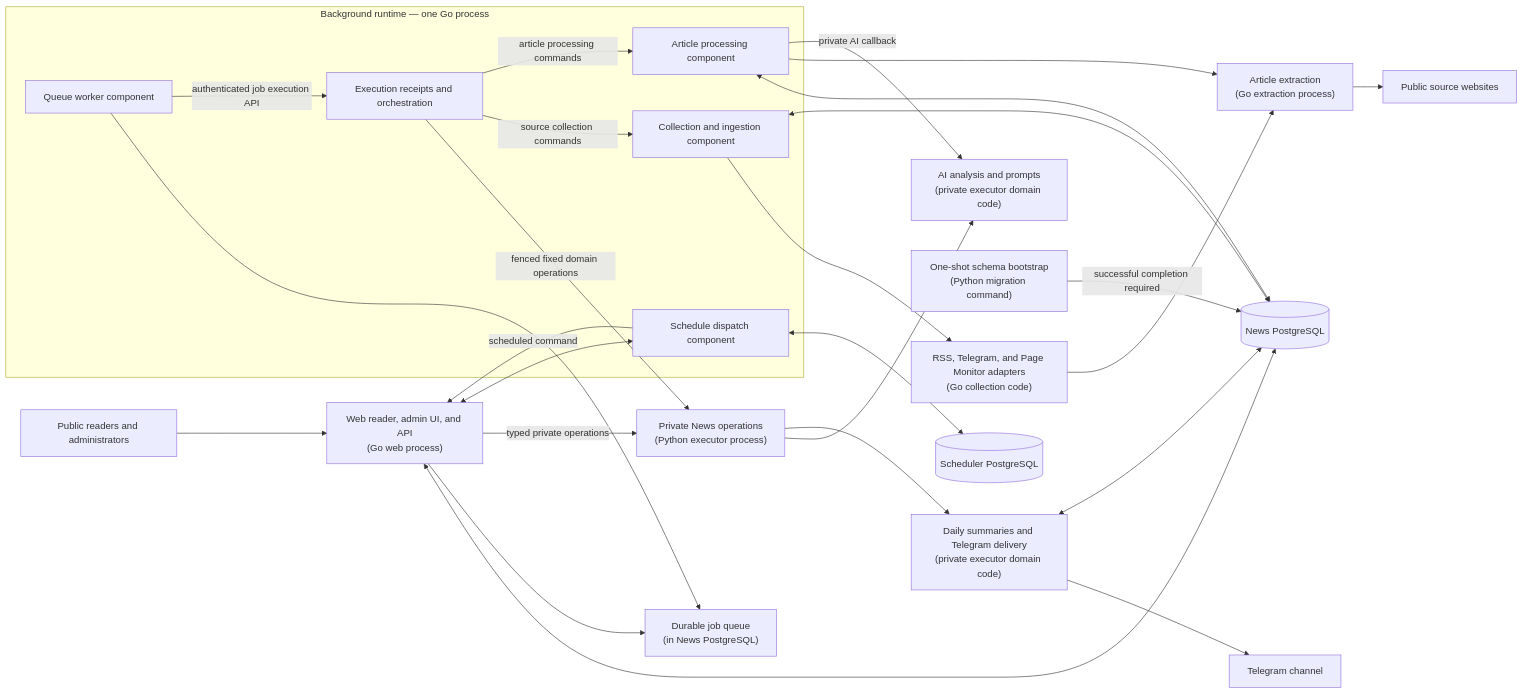
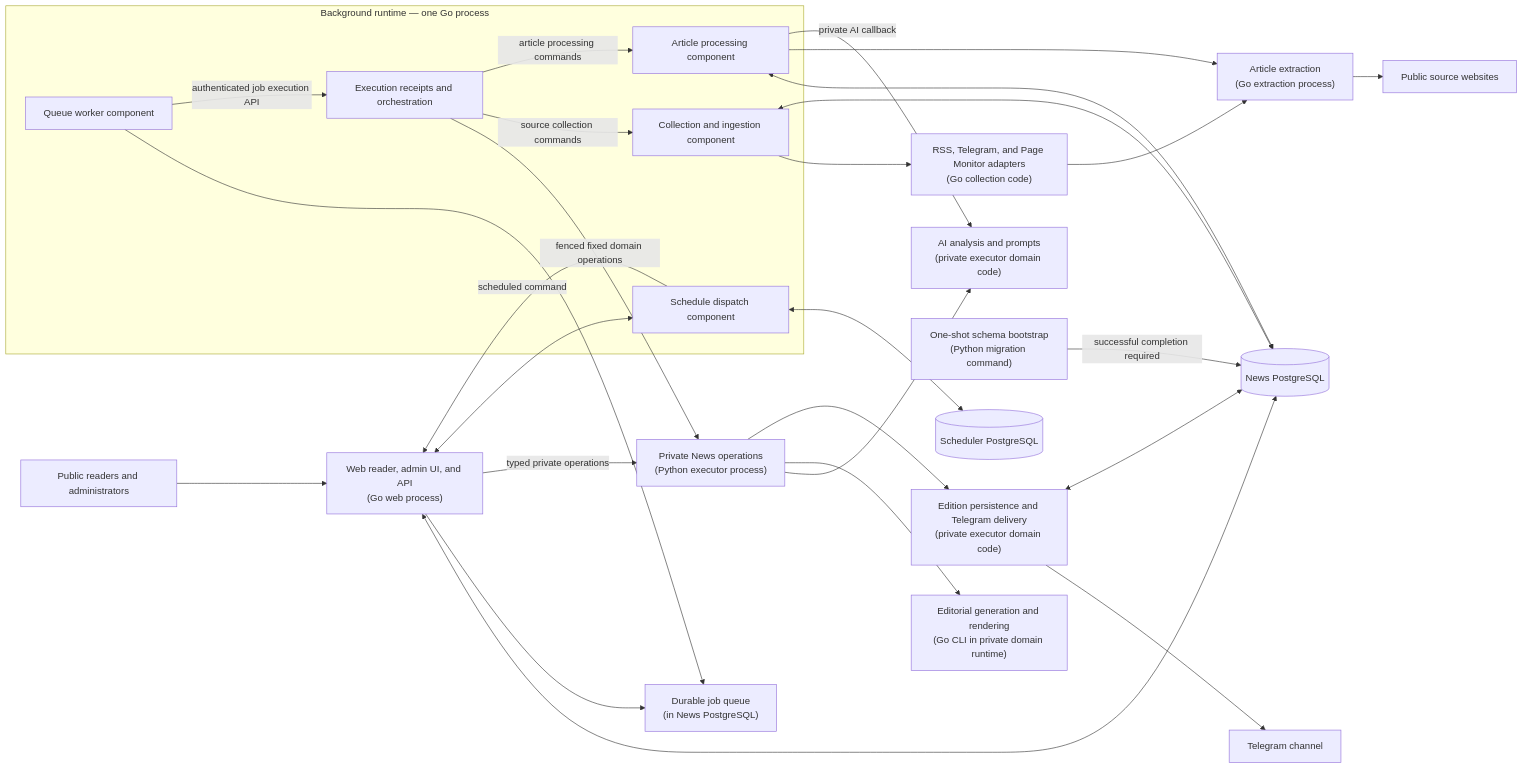
The diagram in README.md (Dzarlax-AI/evening-news), drawn with Mermaid before and after one commit. The commit also changed other lines of this file and 39 other files, not shown here.

````diff
--- a/README.md
+++ b/README.md
@@ -19,48 +19,50 @@
 ```mermaid
 flowchart LR
     Reader[Public readers and administrators]
     Web["Web reader, admin UI, and API<br/>(Go web process)"]
     NewsDB[(News PostgreSQL)]
     Jobs["Durable job queue<br/>(in News PostgreSQL)"]
     subgraph Background["Background runtime — one Go process"]
       Scheduler["Schedule dispatch component"]
       Worker["Queue worker component"]
       Execution["Execution receipts and orchestration"]
       Ingestion["Collection and ingestion component"]
       Processing["Article processing component"]
     end
     Domain["Private News operations<br/>(Python executor process)"]
     AI["AI analysis and prompts<br/>(private executor domain code)"]
-    Delivery["Daily summaries and Telegram delivery<br/>(private executor domain code)"]
+    Editorial["Editorial generation and rendering<br/>(Go CLI in private domain runtime)"]
+    Delivery["Edition persistence and Telegram delivery<br/>(private executor domain code)"]
     Sources["RSS, Telegram, and Page Monitor adapters<br/>(Go collection code)"]
     Extract["Article extraction<br/>(Go extraction process)"]
     SchedulerDB[(Scheduler PostgreSQL)]
     Migrate["One-shot schema bootstrap<br/>(Python migration command)"]
     Internet[Public source websites]
     Telegram[Telegram channel]
 
     Reader --> Web
     Web <--> NewsDB
     Web --> Jobs
     Worker --> Jobs
     Worker -->|authenticated job execution API| Execution
     Execution -->|fenced fixed domain operations| Domain
     Execution -->|source collection commands| Ingestion
     Execution -->|article processing commands| Processing
     Ingestion --> Sources
     Ingestion <--> NewsDB
     Sources --> Extract
     Extract --> Internet
     Processing <--> NewsDB
     Processing --> Extract
     Processing -->|private AI callback| AI
     Domain --> AI
+    Domain --> Editorial
     Domain --> Delivery
     Delivery --> Telegram
     Delivery <--> NewsDB
     Web -->|typed private operations| Domain
     Web <--> Scheduler
     Scheduler <--> SchedulerDB
     Scheduler -->|scheduled command| Web
     Migrate -->|successful completion required| NewsDB
 ```
````
